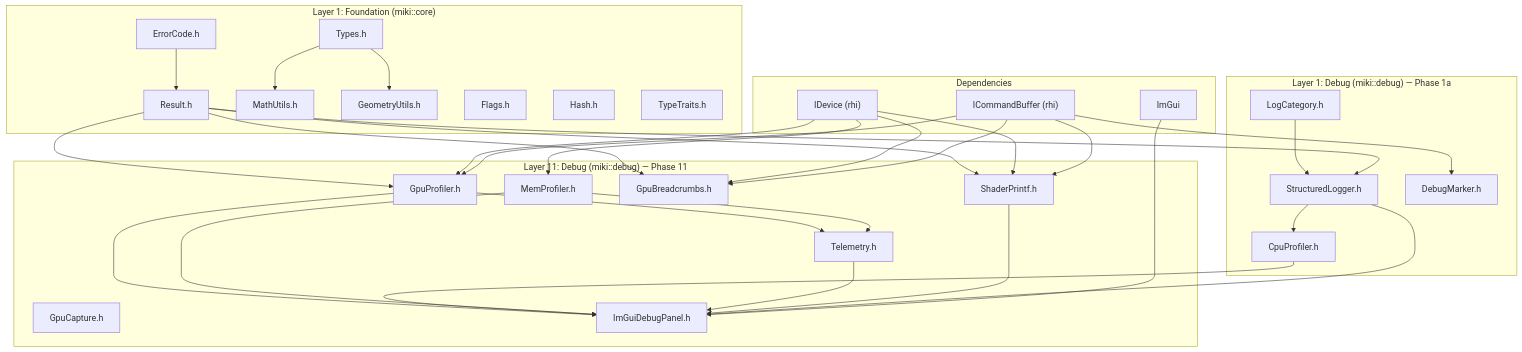
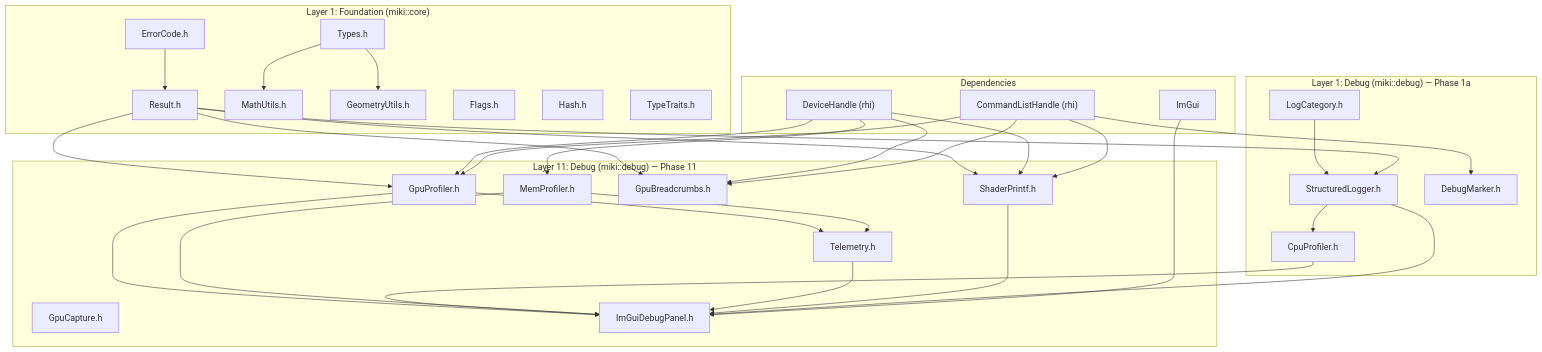
One commit to nekomiya-kasane/mitsuki changed the diagram in specs/00-infra.md. Above: the diagram before and after it, drawn with Mermaid. The commit also changed other lines of this file and 3 other files, not shown here.

````diff
--- a/specs/00-infra.md
+++ b/specs/00-infra.md
@@ -1134,66 +1134,66 @@
 ```mermaid
 graph TD
     subgraph "Layer 1: Foundation (miki::core)"
         ERRCODE["ErrorCode.h"]
         RESULT["Result.h"]
         TYPES["Types.h"]
         MATH["MathUtils.h"]
         GEO["GeometryUtils.h"]
         FLAGS["Flags.h"]
         HASH["Hash.h"]
         TRAITS["TypeTraits.h"]
 
         ERRCODE --> RESULT
         TYPES --> MATH
         TYPES --> GEO
     end
 
     subgraph "Layer 1: Debug (miki::debug) — Phase 1a"
         LOGCAT["LogCategory.h"]
         LOGGER["StructuredLogger.h"]
         CPUPROF["CpuProfiler.h"]
         DBGMARK["DebugMarker.h"]
 
         LOGCAT --> LOGGER
         LOGGER --> CPUPROF
     end
 
     subgraph "Layer 11: Debug (miki::debug) — Phase 11"
         GPUPROF["GpuProfiler.h"]
         MEMPROF["MemProfiler.h"]
         BREAD["GpuBreadcrumbs.h"]
         CAPTURE["GpuCapture.h"]
         SHPRINTF["ShaderPrintf.h"]
         TELEM["Telemetry.h"]
         PANEL["ImGuiDebugPanel.h"]
 
         GPUPROF --> TELEM
         MEMPROF --> TELEM
         GPUPROF --> PANEL
         CPUPROF --> PANEL
         MEMPROF --> PANEL
         TELEM --> PANEL
         SHPRINTF --> PANEL
         LOGGER --> PANEL
     end
 
     subgraph "Dependencies"
-        IDEVICE["IDevice (rhi)"]
-        ICMDBUF["ICommandBuffer (rhi)"]
+        IDEVICE["DeviceHandle (rhi)"]
+        ICMDBUF["CommandListHandle (rhi)"]
         IMGUI["ImGui"]
     end
 
     RESULT --> LOGGER
     RESULT --> GPUPROF
     RESULT --> BREAD
     RESULT --> SHPRINTF
     IDEVICE --> GPUPROF
     IDEVICE --> MEMPROF
     IDEVICE --> BREAD
     IDEVICE --> SHPRINTF
     ICMDBUF --> GPUPROF
     ICMDBUF --> BREAD
     ICMDBUF --> SHPRINTF
     ICMDBUF --> DBGMARK
     IMGUI --> PANEL
 ```
````
